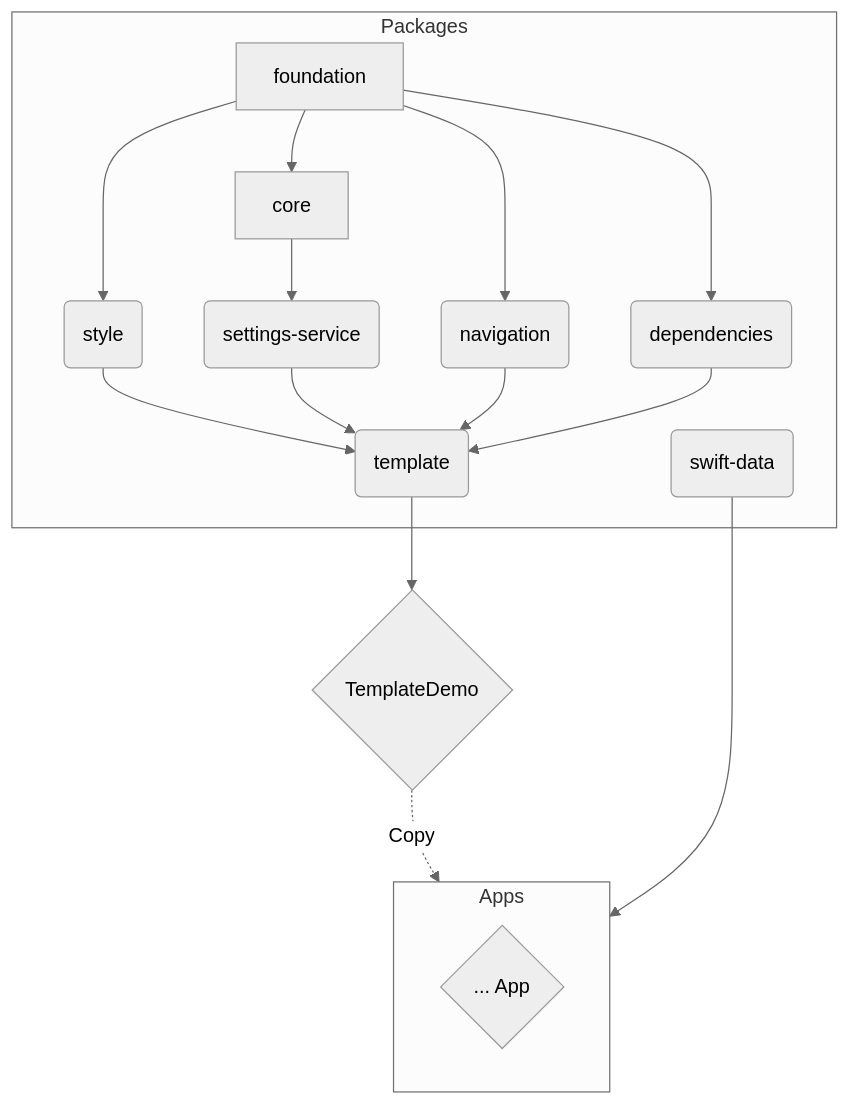
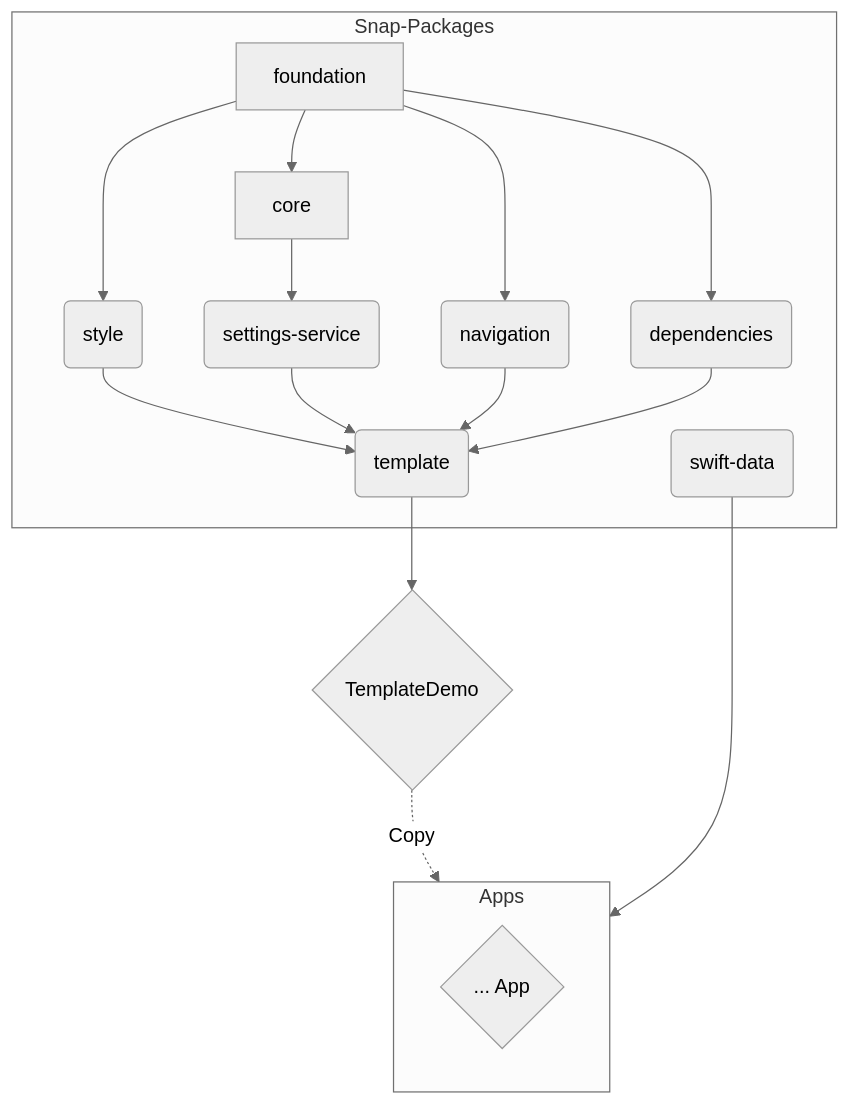
One commit to simonnickel/snap changed the diagram in README.md. Above: the diagram before and after it, drawn with Mermaid (neutral theme).

Commit message:
Update package graph

````diff
--- a/README.md
+++ b/README.md
@@ -26,37 +26,37 @@
 ```mermaid
 flowchart TD
 
-    subgraph Packages
+    subgraph Snap-Packages
     C1[foundation]
     C2[core]
     M2(style)
     M3(settings-service)
     M4(navigation)
     M5(dependencies)
     M6(swift-data)
     M1(template)
     end
     
     A1{TemplateDemo}
 
     subgraph Apps
     A3{... App}
     end
 
     C1 --> C2
     C1 --> M2
     C1 --> M4
     C1 --> M5
 
     C2 --> M3
 
     M2 --> M1
     M3 --> M1
     M4 --> M1
     M5 --> M1
 
     M1 --> A1
 
     A1 -.->|Copy| Apps
     M6 --> Apps
 ```
````
